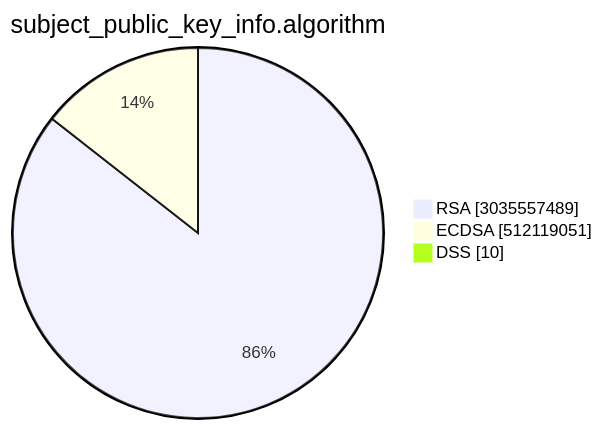
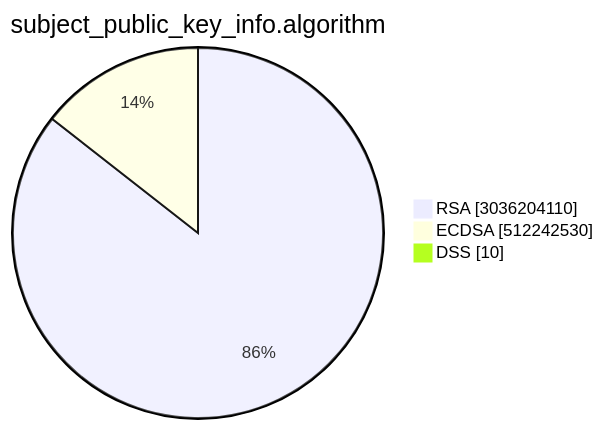
The second of 15 diagrams in TOTAL/README.md (christiankrug/ctmonitor_visualization), drawn with Mermaid before and after one commit. The commit also changed other lines of this file, not shown here.

````diff
--- a/TOTAL/README.md
+++ b/TOTAL/README.md
@@ -6,7 +6,7 @@
 ```mermaid
 pie showData
 title subject_public_key_info.algorithm
-"RSA" :3035557489
-"ECDSA" :512119051
+"RSA" :3036204110
+"ECDSA" :512242530
 "DSS" :10
 ```
````
